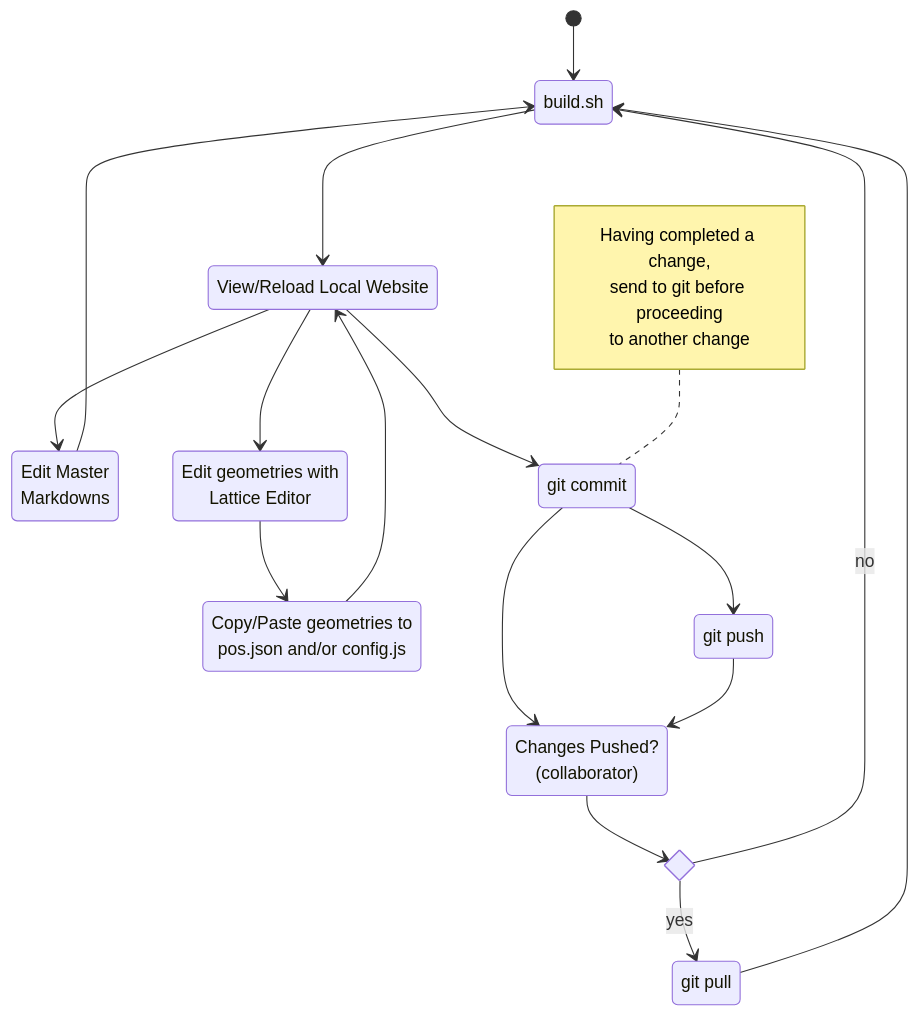
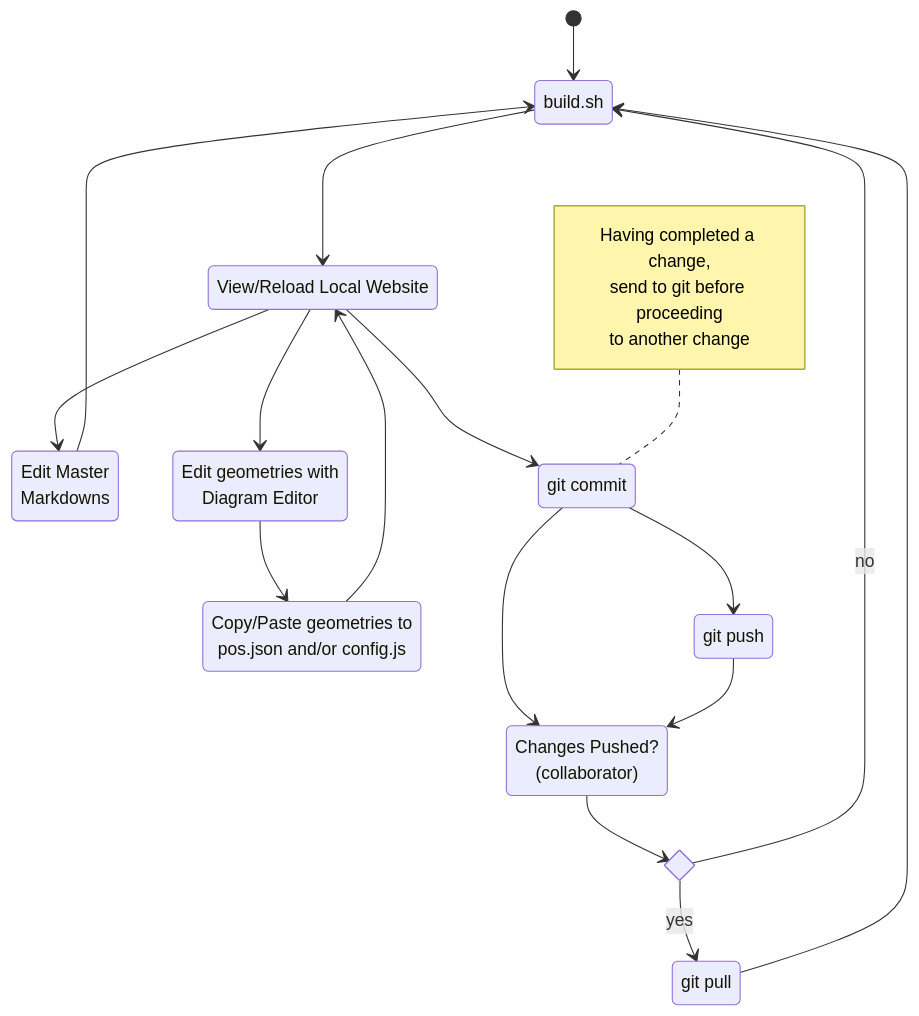
Before and after one commit to pupitetris/Exploratorium: the fourth of 4 diagrams in README.md, drawn with Mermaid. The commit also changed other lines of this file, not shown here.

First line of the commit message:
README.md: Diagram editor docu, and nomenclature fixes.

````diff
--- a/README.md
+++ b/README.md
@@ -504,33 +504,33 @@
 ```mermaid
 stateDiagram
     direction TB
     [*] --> build.sh
     build.sh --> test
     test : View/Reload Local Website
     edit : Edit Master<br/>Markdowns
     edit --> build.sh
     test --> edit
     test --> editl
-    editl : Edit geometries with<br/>Lattice Editor
+    editl : Edit geometries with<br/>Diagram Editor
     editl --> copypos
     copypos : Copy/Paste geometries to<br/>pos.json and/or config.js
     copypos --> test
     test --> gitcommit
     gitcommit : git commit
     note left of gitcommit
         Having completed a change,
         send to git before proceeding
         to another change
     end note
     gitpush : git push
     gitcommit --> gitpush
     gitcommit --> outside
     outside : Changes Pushed?<br/>(collaborator)
     gitpush --> outside
     gitpull : git pull
     state if_outside <<choice>>
     outside --> if_outside
     if_outside --> gitpull : yes
     if_outside --> build.sh : no
     gitpull --> build.sh
 ```
````
